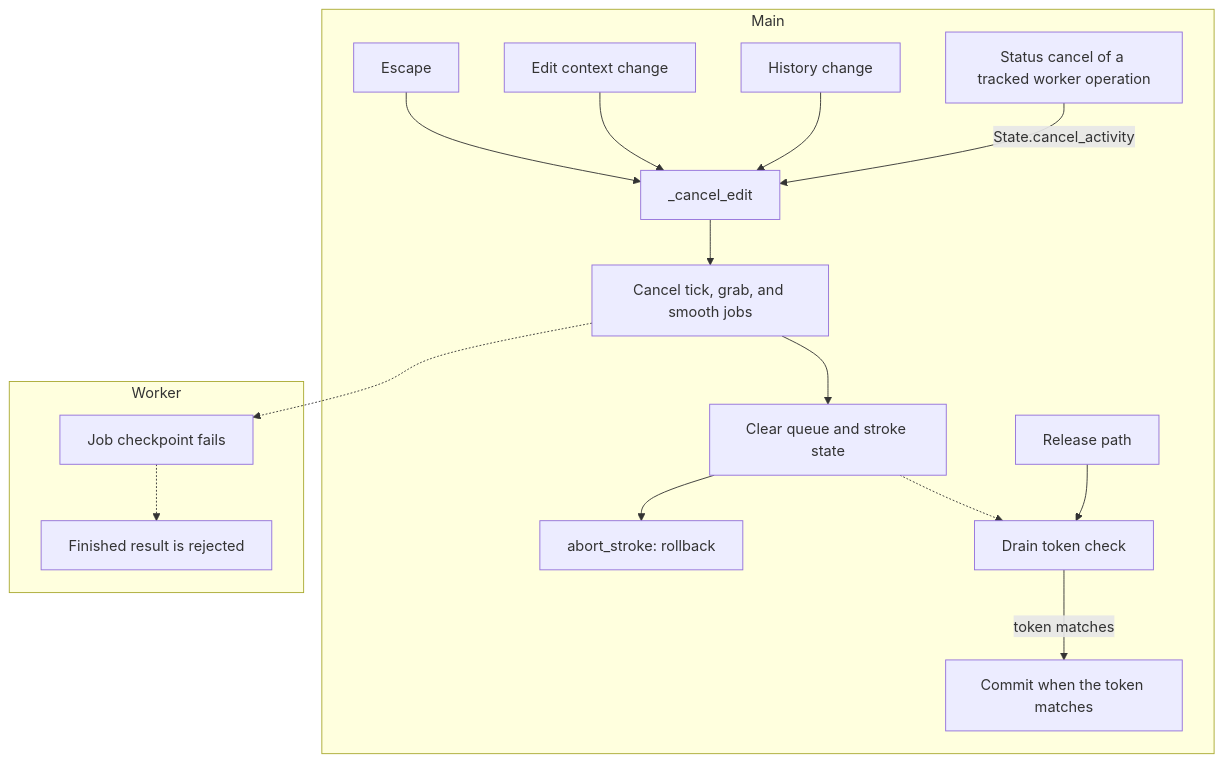
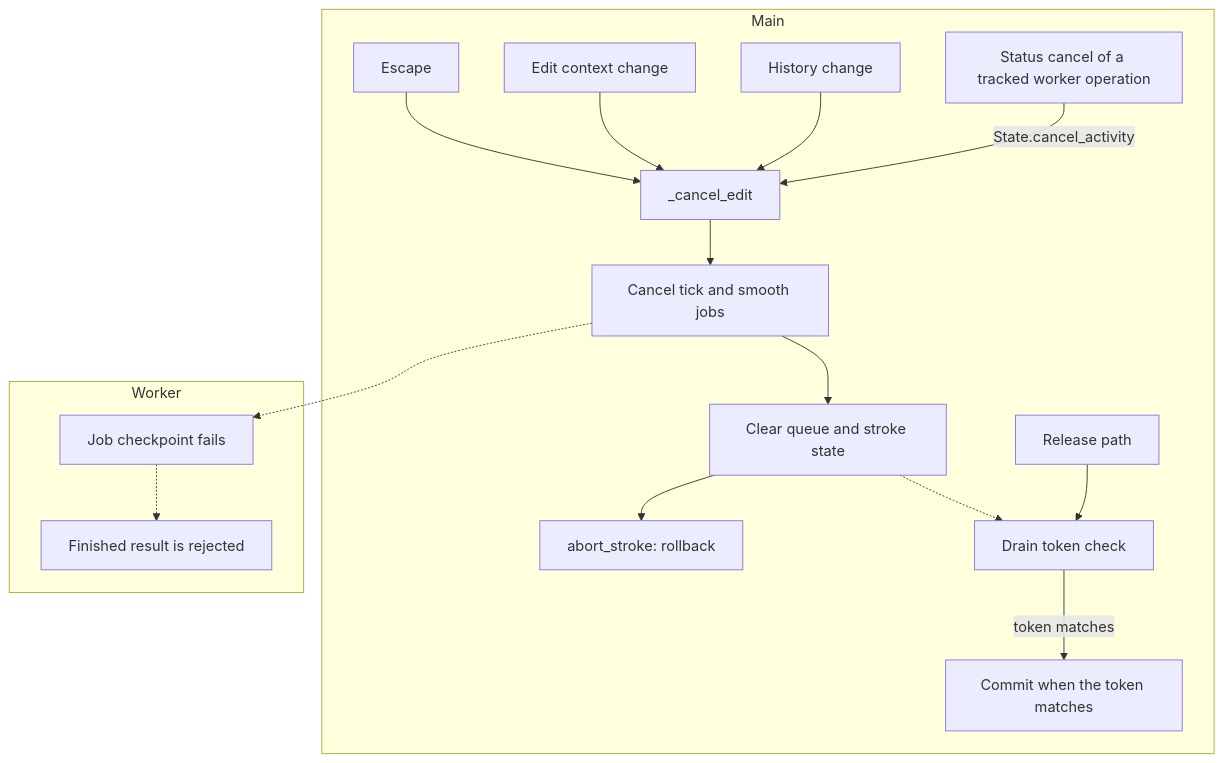
One commit to LeonardMeagher2/LVE changed the sixth of 6 diagrams in docs/agents/tool-flows/terrain.md. Above: the diagram before and after it, drawn with Mermaid. The commit also changed other lines of this file and 55 other files, not shown here.

````diff
--- a/docs/agents/tool-flows/terrain.md
+++ b/docs/agents/tool-flows/terrain.md
@@ -650,30 +571,30 @@
 ```mermaid
 flowchart TD
   subgraph Main["Main"]
     C1["Escape"]
     C2["Edit context change"]
     C3["History change"]
     C4["Status cancel of a tracked worker operation"]
     C5["_cancel_edit"]
-    C6["Cancel tick, grab, and smooth jobs"]
+    C6["Cancel tick and smooth jobs"]
     C7["Clear queue and stroke state"]
     C8["abort_stroke: rollback"]
     C9["Drain token check"]
     C10["Release path"]
     C11["Commit when the token matches"]
   end
   subgraph Worker["Worker"]
     W1["Job checkpoint fails"]
     W2["Finished result is rejected"]
   end
   C1 --> C5
   C2 --> C5
   C3 --> C5
   C4 -->|State.cancel_activity| C5
   C5 --> C6 --> C7 --> C8
   C6 -.-> W1
   W1 -.-> W2
   C7 -.-> C9
   C10 --> C9
   C9 -->|token matches| C11
 ```
````
